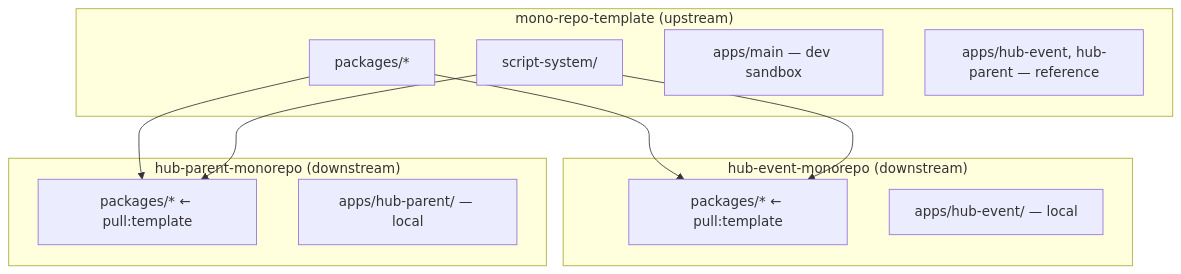
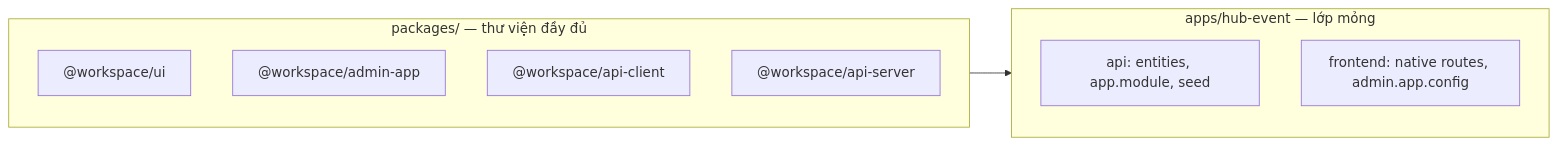
One commit to thangph2146/hub-parrent-template changed the diagram in docs/TEMPLATE_MONOREPO.md. Above: the diagram before and after it, drawn with Mermaid. The commit also changed other lines of this file and 12 other files, not shown here.

Commit message:
feat(template): packages-first — full thư viện packages, verify downstream

````diff
--- a/docs/TEMPLATE_MONOREPO.md
+++ b/docs/TEMPLATE_MONOREPO.md
@@ -7,24 +8,16 @@
 ```mermaid
-flowchart TB
-  subgraph upstream ["mono-repo-template (upstream)"]
-    PKG["packages/*"]
-    SCR["script-system/"]
-    MAIN["apps/main — dev sandbox"]
-    REF["apps/hub-event, hub-parent — reference"]
+flowchart LR
+  subgraph lib ["packages/ — thư viện đầy đủ"]
+    UI["@workspace/ui"]
+    ADM["@workspace/admin-app"]
+    CLI["@workspace/api-client"]
+    SRV["@workspace/api-server"]
   end
 
-  subgraph down1 ["hub-event-monorepo (downstream)"]
-    PKG1["packages/* ← pull:template"]
-    APP1["apps/hub-event/ — local"]
+  subgraph app ["apps/hub-event — lớp mỏng"]
+    API["api: entities, app.module, seed"]
+    WEB["frontend: native routes, admin.app.config"]
   end
 
-  subgraph down2 ["hub-parent-monorepo (downstream)"]
-    PKG2["packages/* ← pull:template"]
-    APP2["apps/hub-parent/ — local"]
-  end
-
-  PKG --> PKG1
-  PKG --> PKG2
-  SCR --> PKG1
-  SCR --> PKG2
+  lib --> app
 ```
````
